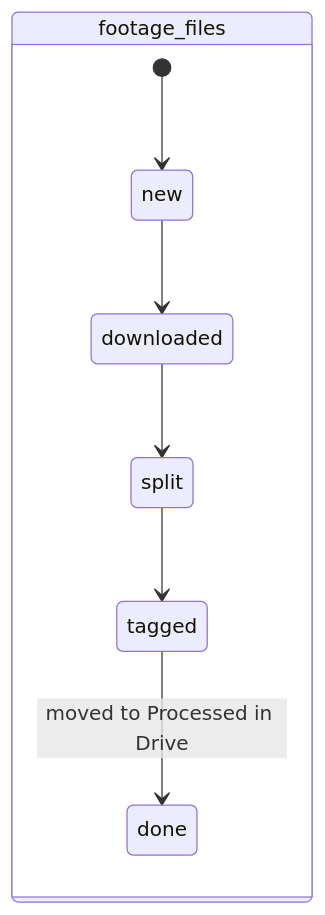
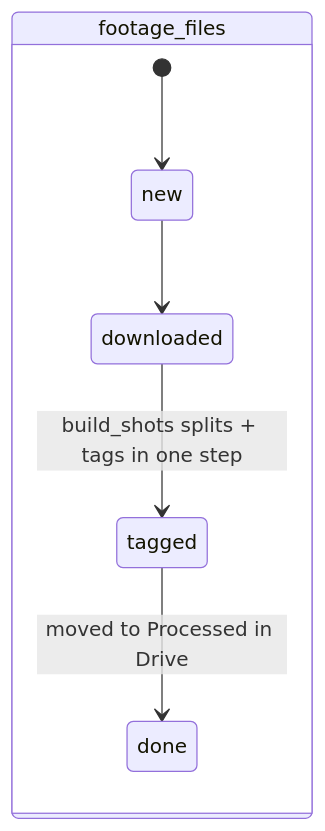
One commit to wesolmsted/auto-content changed the second of 4 diagrams in docs/DESIGN.md. Above: the diagram before and after it, drawn with Mermaid. The commit also changed other lines of this file and 1 other file, not shown here.

````diff
--- a/docs/DESIGN.md
+++ b/docs/DESIGN.md
@@ -215,11 +215,10 @@
 ```mermaid
 stateDiagram-v2
     direction LR
     state "footage_files" as F {
         [*] --> new
         new --> downloaded
-        downloaded --> split
-        split --> tagged
+        downloaded --> tagged: build_shots splits + tags in one step
         tagged --> done: moved to Processed in Drive
     }
 ```
````
